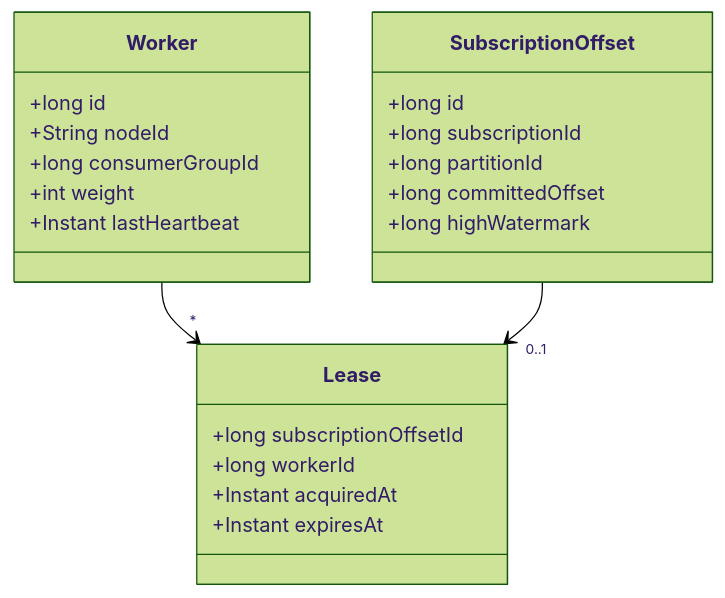
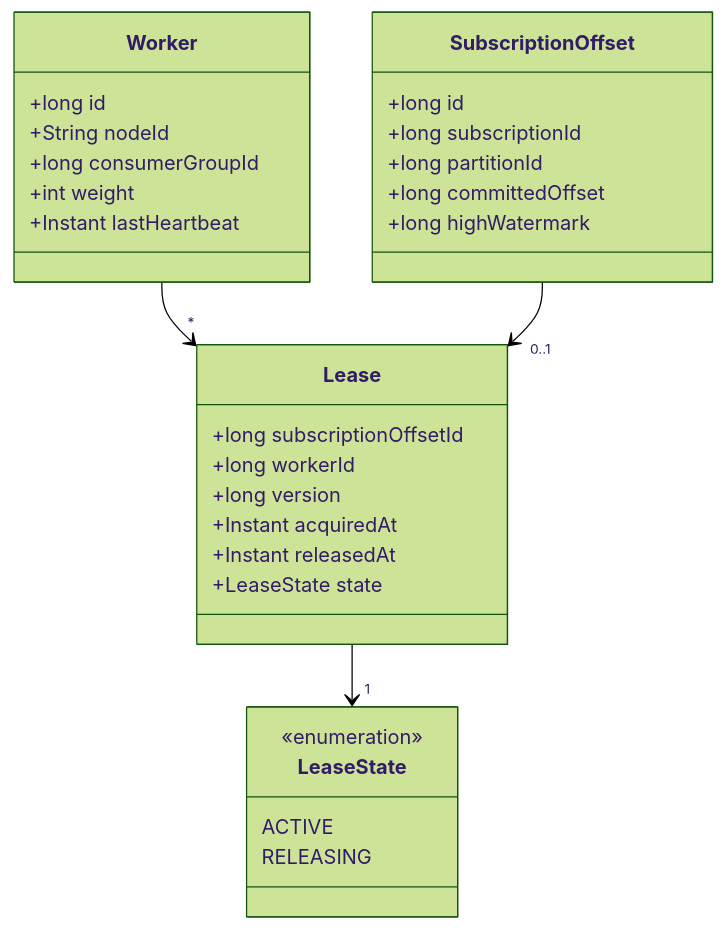
The second of 3 diagrams in README.md (rbilleci/boxy), drawn with Mermaid (forest theme) before and after one commit. The commit also changed other lines of this file, not shown here.

````diff
--- a/README.md
+++ b/README.md
@@ -70,25 +110,33 @@
 ```mermaid
 classDiagram
     class Worker {
         +long id
         +String nodeId
         +long consumerGroupId
         +int weight
         +Instant lastHeartbeat
     }
     class SubscriptionOffset {
         +long id
         +long subscriptionId
         +long partitionId
         +long committedOffset
         +long highWatermark
     }
     class Lease {
         +long subscriptionOffsetId
         +long workerId
+        +long version
         +Instant acquiredAt
-        +Instant expiresAt
+        +Instant releasedAt
+        +LeaseState state
+    }
+    class LeaseState {
+        <<enumeration>>
+        ACTIVE
+        RELEASING
     }
     Worker --> "*" Lease
     SubscriptionOffset --> "0..1" Lease
+    Lease --> "1" LeaseState
 ```
````
